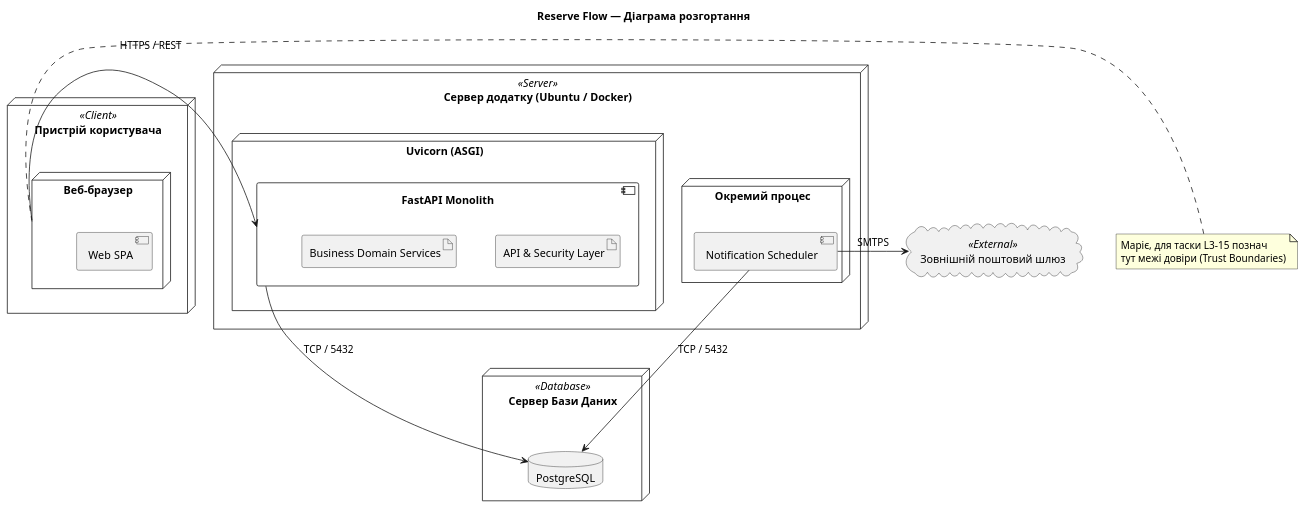
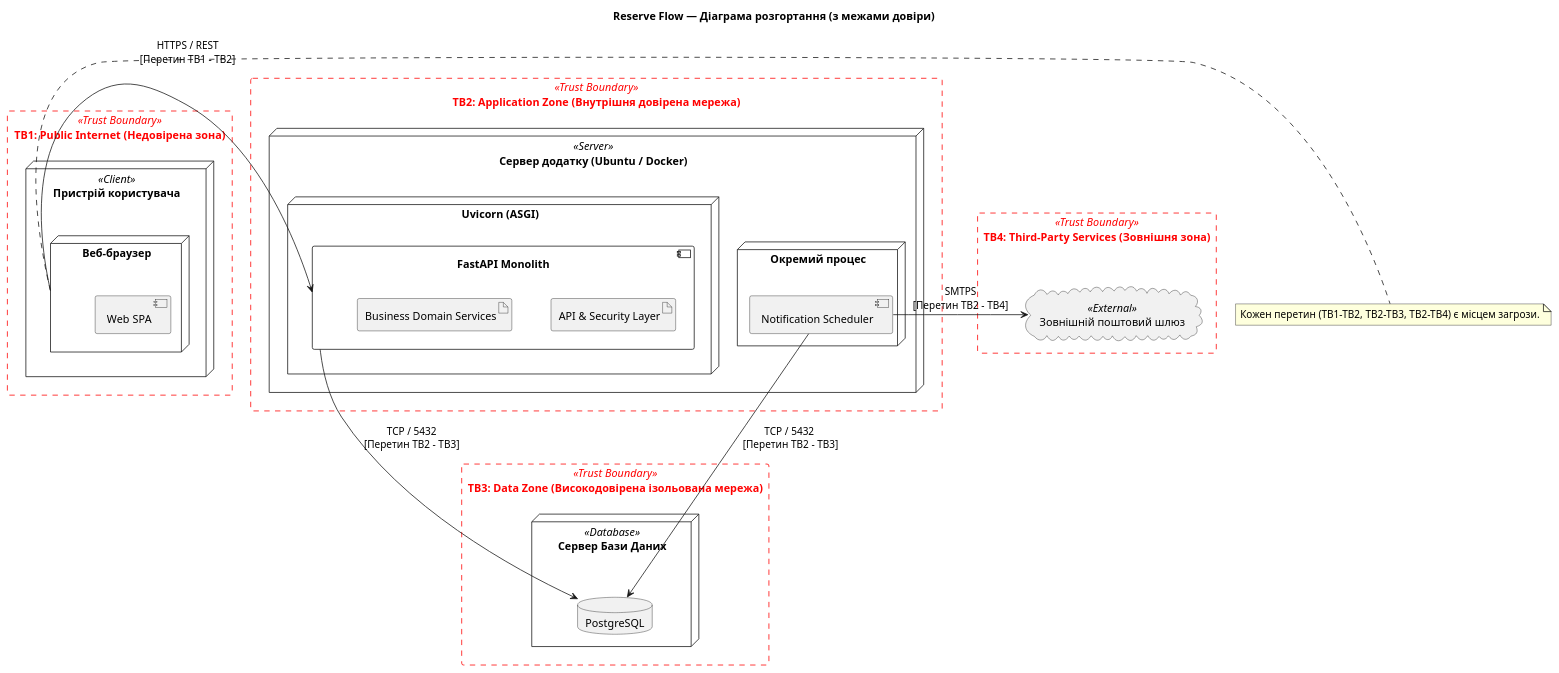
One commit to ukma-fin-ssdm-2026/reserve-flow changed the diagram in docs/architecture/uml/deployment.puml. Above: the diagram before and after it, drawn with PlantUML.

Commit message:
docs: deployment trust boundaries

```diff
--- a/docs/architecture/uml/deployment.puml
+++ b/docs/architecture/uml/deployment.puml
@@ -1,42 +1,60 @@
 @startuml
 skinparam componentStyle uml2
 skinparam nodesep 50
 skinparam ranksep 50
 
-title Reserve Flow — Діаграма розгортання
+' Налаштування стилю для меж довіри (Trust Boundaries)
+skinparam rectangle<<Trust Boundary>> {
+    BorderColor Red
+    BorderStyle dashed
+    FontColor Red
+    BackgroundColor transparent
+    Shadowing false
+}
 
-node "Пристрій користувача" as ClientNode <<Client>> {
-    node "Веб-браузер" as Browser {
-        component "Web SPA" as SPA
+title Reserve Flow — Діаграма розгортання (з межами довіри)
+
+rectangle "TB1: Public Internet (Недовірена зона)" <<Trust Boundary>> {
+    node "Пристрій користувача" as ClientNode <<Client>> {
+        node "Веб-браузер" as Browser {
+            component "Web SPA" as SPA
+        }
     }
 }
 
-node "Сервер додатку (Ubuntu / Docker)" as AppServer <<Server>> {
-    node "Uvicorn (ASGI)" {
-        component "FastAPI Monolith" as FastAPI {
-            artifact "API & Security Layer"
-            artifact "Business Domain Services"
+rectangle "TB2: Application Zone (Внутрішня довірена мережа)" <<Trust Boundary>> {
+    node "Сервер додатку (Ubuntu / Docker)" as AppServer <<Server>> {
+        node "Uvicorn (ASGI)" {
+            component "FastAPI Monolith" as FastAPI {
+                artifact "API & Security Layer"
+                artifact "Business Domain Services"
+            }
         }
-    }
-    node "Окремий процес" {
-        component "Notification Scheduler" as Worker
+        node "Окремий процес" {
+            component "Notification Scheduler" as Worker
+        }
     }
 }
 
-node "Сервер Бази Даних" as DBServer <<Database>> {
-    database "PostgreSQL" as Postgres
+rectangle "TB3: Data Zone (Високодовірена ізольована мережа)" <<Trust Boundary>> {
+    node "Сервер Бази Даних" as DBServer <<Database>> {
+        database "PostgreSQL" as Postgres
+    }
 }
 
-cloud "Зовнішній поштовий шлюз" as SMTPServer <<External>>
+rectangle "TB4: Third-Party Services (Зовнішня зона)" <<Trust Boundary>> {
+    cloud "Зовнішній поштовий шлюз" as SMTPServer <<External>>
+}
 
 ' Зв'язки та протоколи
-Browser -right-> FastAPI : HTTPS / REST
-FastAPI -down-> Postgres : TCP / 5432
-Worker -up-> Postgres : TCP / 5432
-Worker -right-> SMTPServer : SMTPS
+Browser -right-> FastAPI : HTTPS / REST\n[Перетин TB1 - TB2]
+FastAPI -down-> Postgres : TCP / 5432\n[Перетин TB2 - TB3]
+Worker -up-> Postgres : TCP / 5432 \n[Перетин TB2 - TB3]
+Worker -right-> SMTPServer : SMTPS\n[Перетин TB2 - TB4]
 
 note right of Browser
-  Маріє, для таски L3-15 познач 
-  тут межі довіри (Trust Boundaries)
+Кожен перетин (TB1-TB2, TB2-TB3, TB2-TB4) є місцем загрози.
 end note
+
+' --- Використання ШІ: Gemini для налаштування стилю для меж довіри. Документ перевірено, відредаговано та затверджено учасниками команди ---
 @enduml
```
